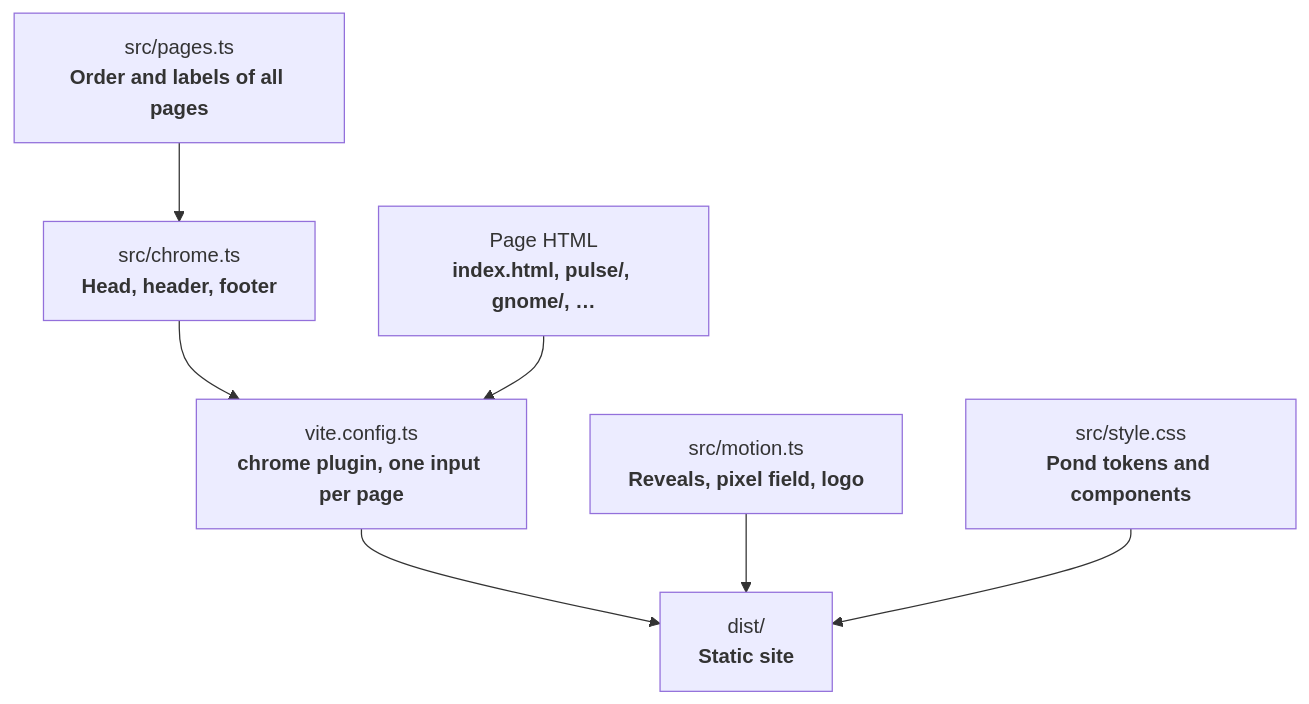
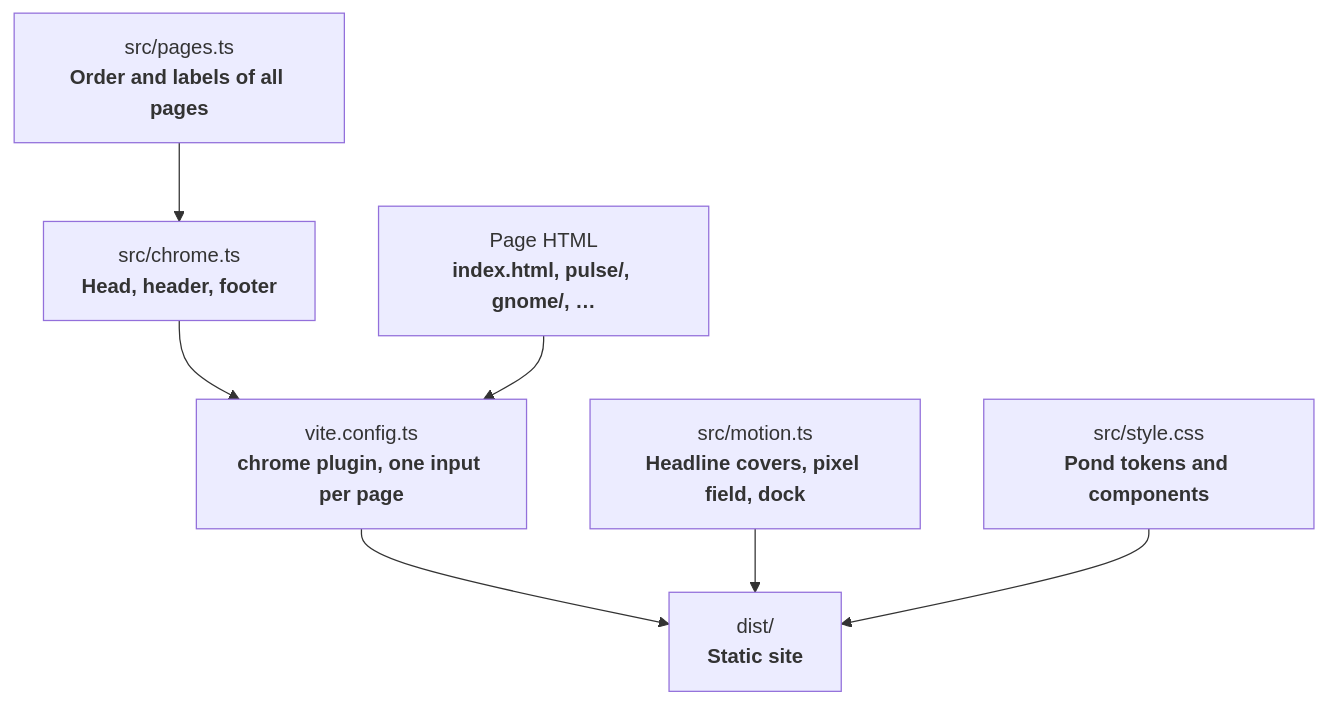
The diagram in README.md (tomsliikee/toms.portfolio), drawn with Mermaid before and after one commit. The commit also changed other lines of this file and 12 other files, not shown here.

First line of the commit message:
feat: calmer pond pass with headline tile reveal, phone dock and journey tree

````diff
--- a/README.md
+++ b/README.md
@@ -24,17 +24,17 @@
 ```mermaid
 flowchart TD
     Pages["Page HTML<br/><b>index.html, pulse/, gnome/, …</b>"]
     List["src/pages.ts<br/><b>Order and labels of all pages</b>"]
     Chrome["src/chrome.ts<br/><b>Head, header, footer</b>"]
     Plugin["vite.config.ts<br/><b>chrome plugin, one input per page</b>"]
-    Motion["src/motion.ts<br/><b>Reveals, pixel field, logo</b>"]
+    Motion["src/motion.ts<br/><b>Headline covers, pixel field, dock</b>"]
     Style["src/style.css<br/><b>Pond tokens and components</b>"]
     Dist["dist/<br/><b>Static site</b>"]
 
     List --> Chrome
     Chrome --> Plugin
     Pages --> Plugin
     Plugin --> Dist
     Motion --> Dist
     Style --> Dist
 ```
````
